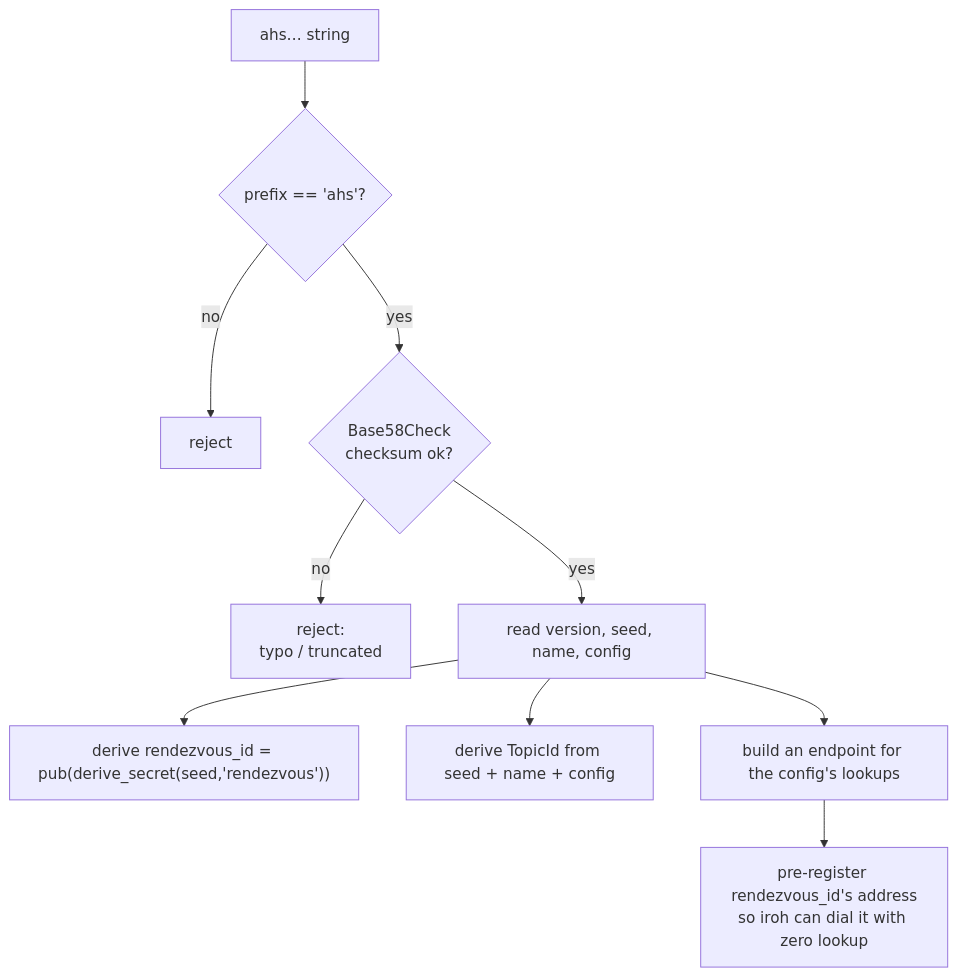
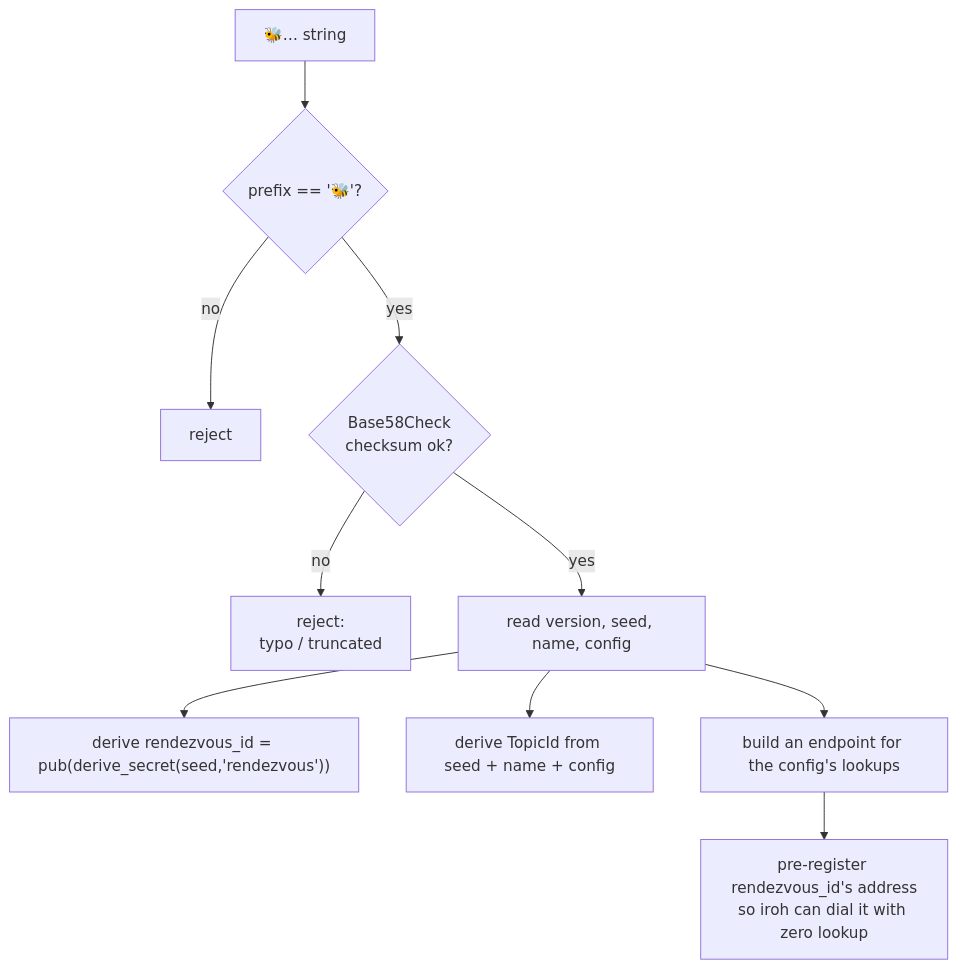
Before and after one commit to agent-habilis/agent-gossip: the second of 6 diagrams in docs/discovery.md, drawn with Mermaid. The commit also changed other lines of this file and 79 other files, not shown here.

First line of the commit message:
feat: change swarm-id prefix from ahs… to 🐝…

````diff
--- a/docs/discovery.md
+++ b/docs/discovery.md
@@ -97,13 +97,13 @@
 ```mermaid
 flowchart TB
-    S["ahs… string"]
-    S --> A{"prefix == 'ahs'?"}
+    S["🐝… string"]
+    S --> A{"prefix == '🐝'?"}
     A -->|no| X1[reject]
     A -->|yes| B{"Base58Check<br/>checksum ok?"}
     B -->|no| X2["reject:<br/>typo / truncated"]
     B -->|yes| C["read version, seed, name, config"]
     C --> D["derive rendezvous_id = pub(derive_secret(seed,'rendezvous'))"]
     C --> E["derive TopicId from seed + name + config"]
     C --> F["build an endpoint for the config's lookups"]
     F --> G["pre-register rendezvous_id's address<br/>so iroh can dial it with zero lookup"]
 ```
````
